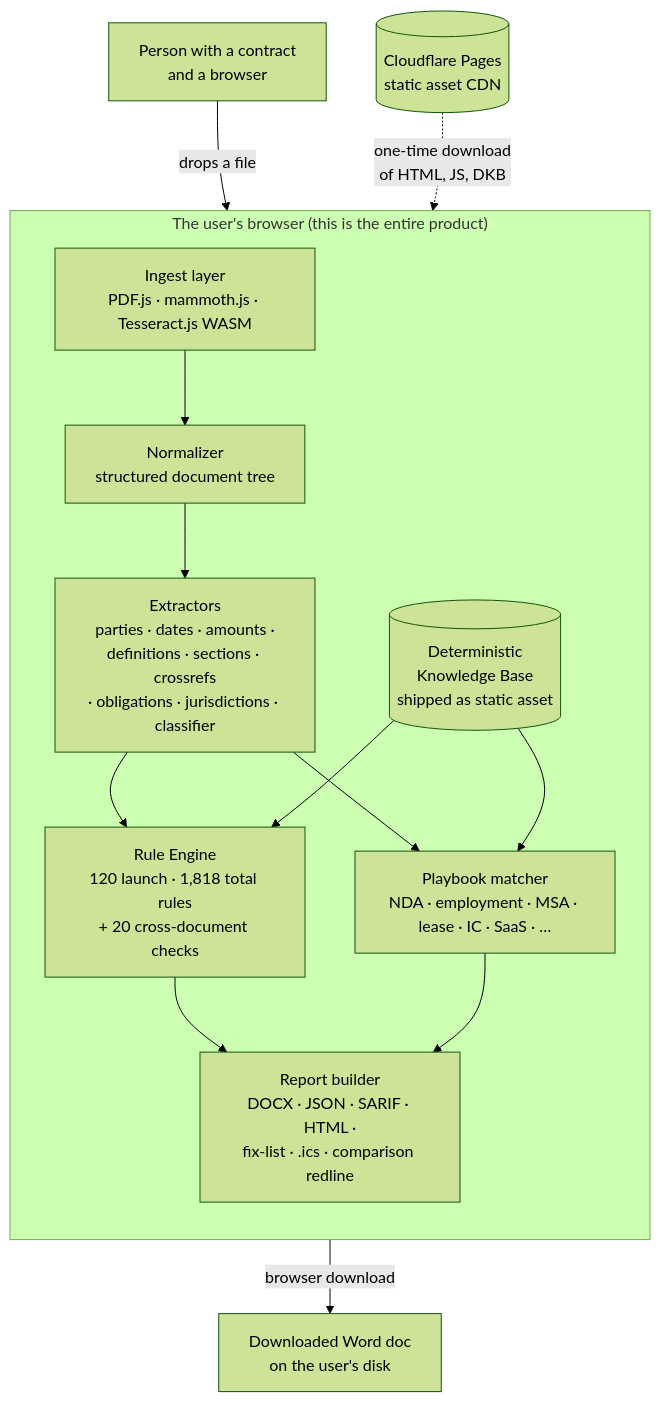
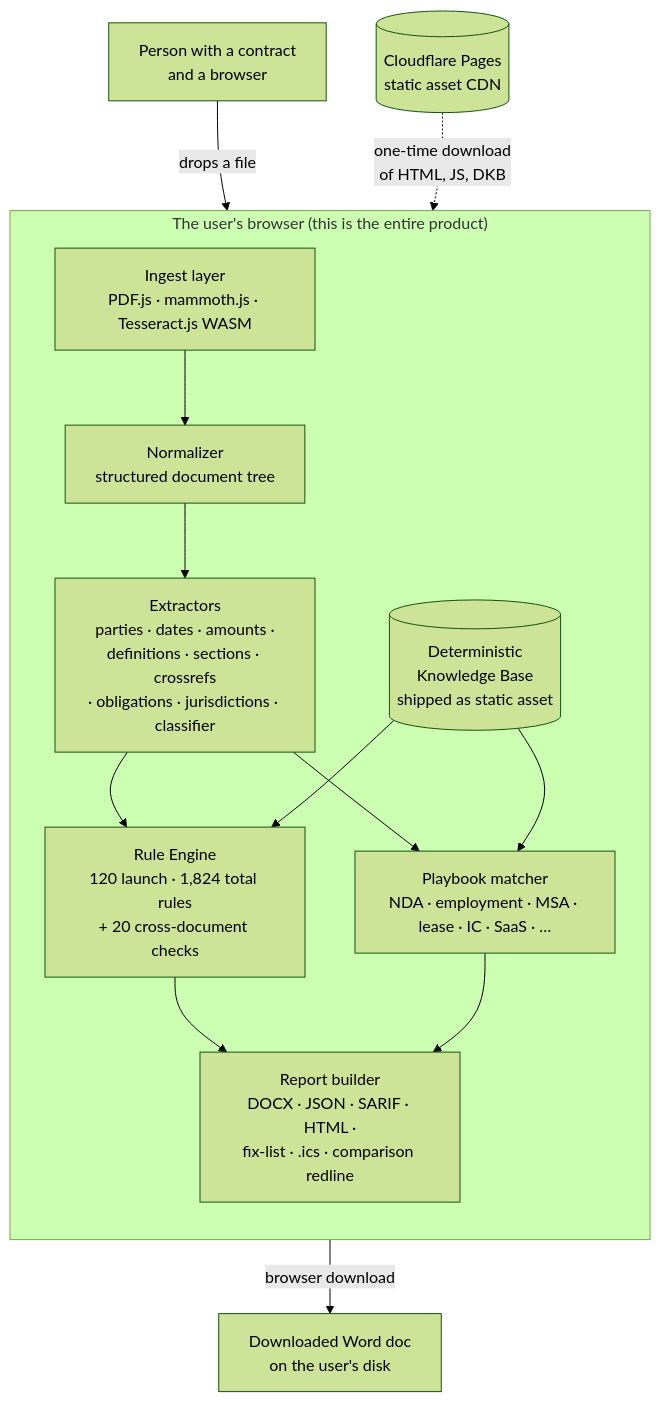
Before and after one commit to clay-good/vaulytica: the diagram in docs/architecture.md, drawn with Mermaid (forest theme). The commit also changed 378 other files, not shown here.

````diff
--- a/docs/architecture.md
+++ b/docs/architecture.md
@@ -5,28 +5,28 @@
 ```mermaid
 flowchart TB
     user[Person with a contract<br/>and a browser]
 
     subgraph browser["The user's browser (this is the entire product)"]
         direction TB
         ingest[Ingest layer<br/>PDF.js · mammoth.js · Tesseract.js WASM]
         normalize[Normalizer<br/>structured document tree]
         extract[Extractors<br/>parties · dates · amounts ·<br/>definitions · sections · crossrefs<br/>· obligations · jurisdictions · classifier]
-        engine[Rule Engine<br/>120 launch · 1,818 total rules<br/>+ 20 cross-document checks]
+        engine[Rule Engine<br/>120 launch · 1,824 total rules<br/>+ 20 cross-document checks]
         playbook[Playbook matcher<br/>NDA · employment · MSA · lease · IC · SaaS · …]
         dkb[(Deterministic<br/>Knowledge Base<br/>shipped as static asset)]
         report[Report builder<br/>DOCX · JSON · SARIF · HTML ·<br/>fix-list · .ics · comparison redline]
     end
 
     cdn[(Cloudflare Pages<br/>static asset CDN)]
     download[Downloaded Word doc<br/>on the user's disk]
 
     user -- "drops a file" --> ingest
     cdn -. "one-time download<br/>of HTML, JS, DKB" .-> browser
     ingest --> normalize --> extract --> engine
     extract --> playbook
     dkb --> engine
     dkb --> playbook
     engine --> report
     playbook --> report
     report -- "browser download" --> download
 ```
````
